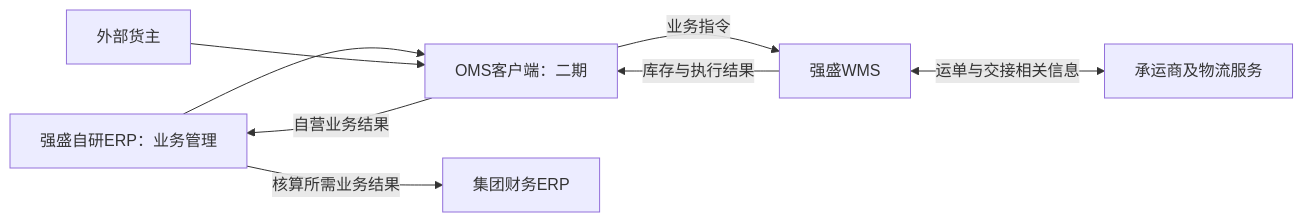
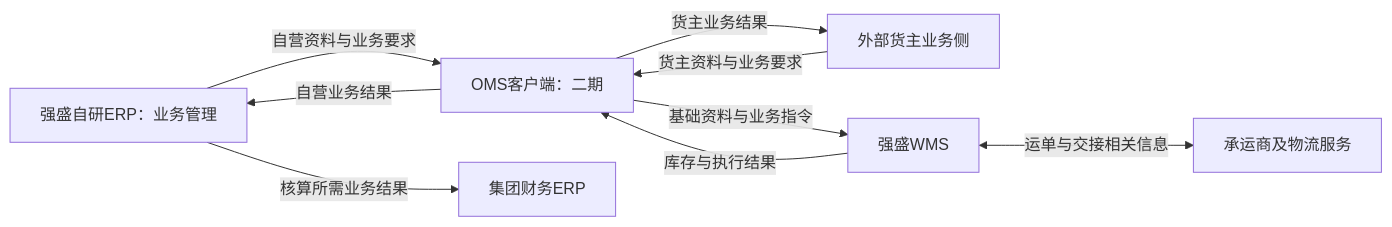
The second of 2 diagrams in 01-全局背景信息/03-能力蓝图与系统架构.md (TopVitamin/QS-WMS-Project), drawn with Mermaid before and after one commit. The commit also changed other lines of this file and 63 other files, not shown here.

````diff
--- a/01-全局背景信息/03-能力蓝图与系统架构.md
+++ b/01-全局背景信息/03-能力蓝图与系统架构.md
@@ -35,10 +46,11 @@
 ```mermaid
 flowchart LR
-    E[强盛自研ERP：业务管理] --> O[OMS客户端：二期]
-    C[外部货主] --> O
-    O -->|业务指令| W[强盛WMS]
+    E["强盛自研ERP：业务管理"] -->|自营资料与业务要求| O["OMS客户端：二期"]
+    C["外部货主业务侧"] -->|货主资料与业务要求| O
+    O -->|基础资料与业务指令| W["强盛WMS"]
     W -->|库存与执行结果| O
     O -->|自营业务结果| E
-    W <-->|运单与交接相关信息| L[承运商及物流服务]
-    E -->|核算所需业务结果| F[集团财务ERP]
+    O -->|货主业务结果| C
+    W <-->|运单与交接相关信息| L["承运商及物流服务"]
+    E -->|核算所需业务结果| F["集团财务ERP"]
 ```
````
